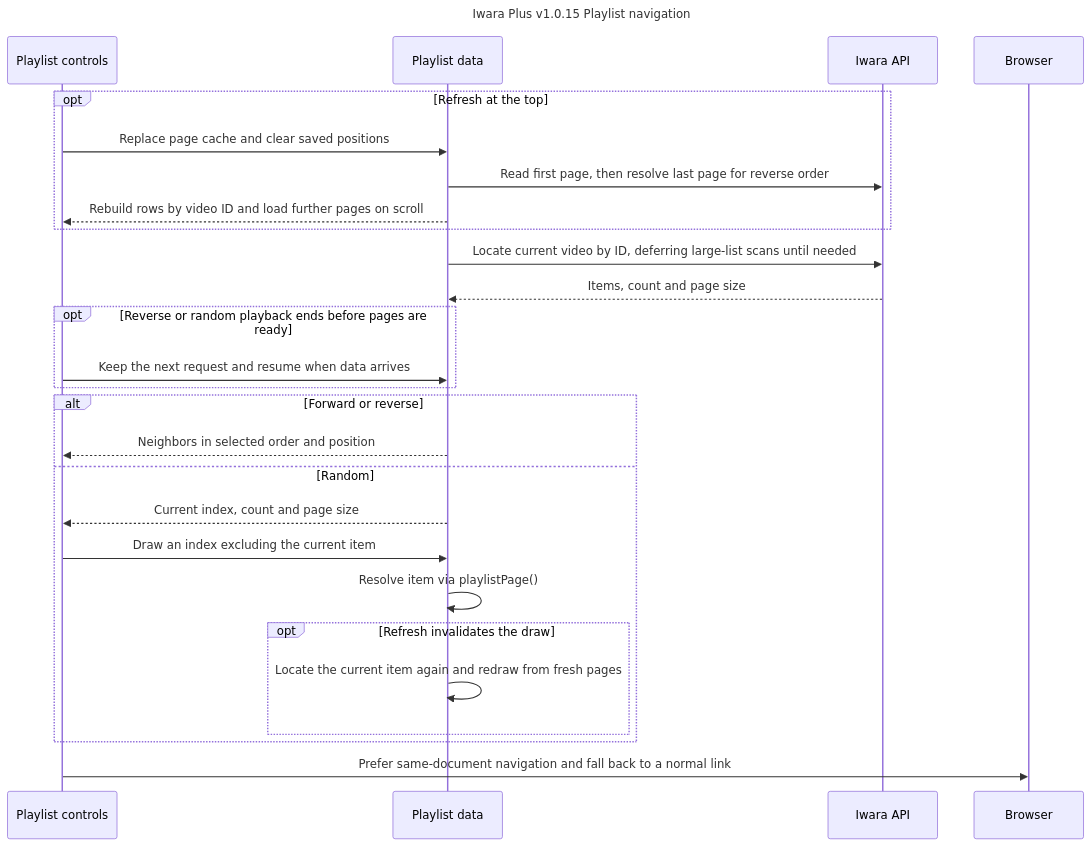
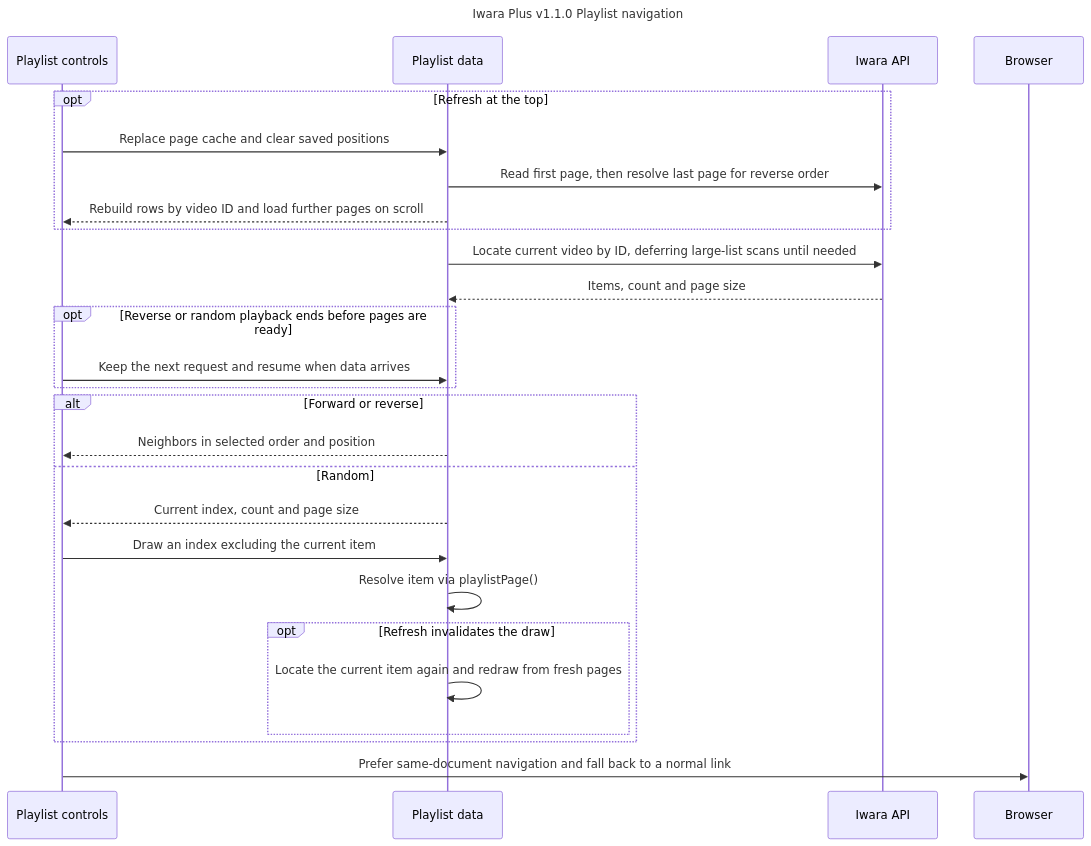
One commit to lhYanghc/iwara-plus changed the fifth of 6 diagrams in docs/architecture.md. Above: the diagram before and after it, drawn with Mermaid. The commit also changed other lines of this file and 9 other files, not shown here.

````diff
--- a/docs/architecture.md
+++ b/docs/architecture.md
@@ -157,31 +161,31 @@
 ```mermaid
 ---
-title: Iwara Plus v1.0.15 Playlist navigation
+title: Iwara Plus v1.1.0 Playlist navigation
 ---
 sequenceDiagram
     participant C as Playlist controls
     participant Q as Playlist data
     participant A as Iwara API
     participant B as Browser
     opt Refresh at the top
         C->>Q: Replace page cache and clear saved positions
         Q->>A: Read first page, then resolve last page for reverse order
         Q-->>C: Rebuild rows by video ID and load further pages on scroll
     end
     Q->>A: Locate current video by ID, deferring large-list scans until needed
     A-->>Q: Items, count and page size
     opt Reverse or random playback ends before pages are ready
         C->>Q: Keep the next request and resume when data arrives
     end
     alt Forward or reverse
         Q-->>C: Neighbors in selected order and position
     else Random
         Q-->>C: Current index, count and page size
         C->>Q: Draw an index excluding the current item
         Q->>Q: Resolve item via playlistPage()
         opt Refresh invalidates the draw
             Q->>Q: Locate the current item again and redraw from fresh pages
         end
     end
     C->>B: Prefer same-document navigation and fall back to a normal link
 ```
````
